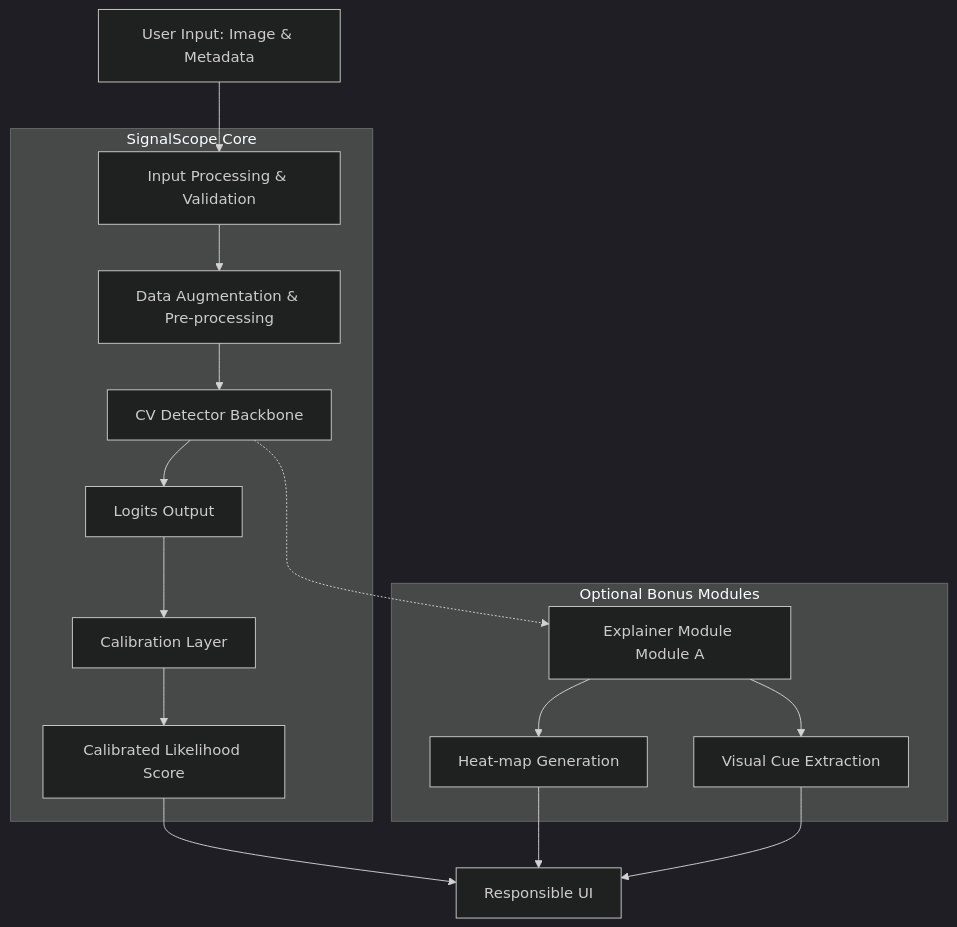
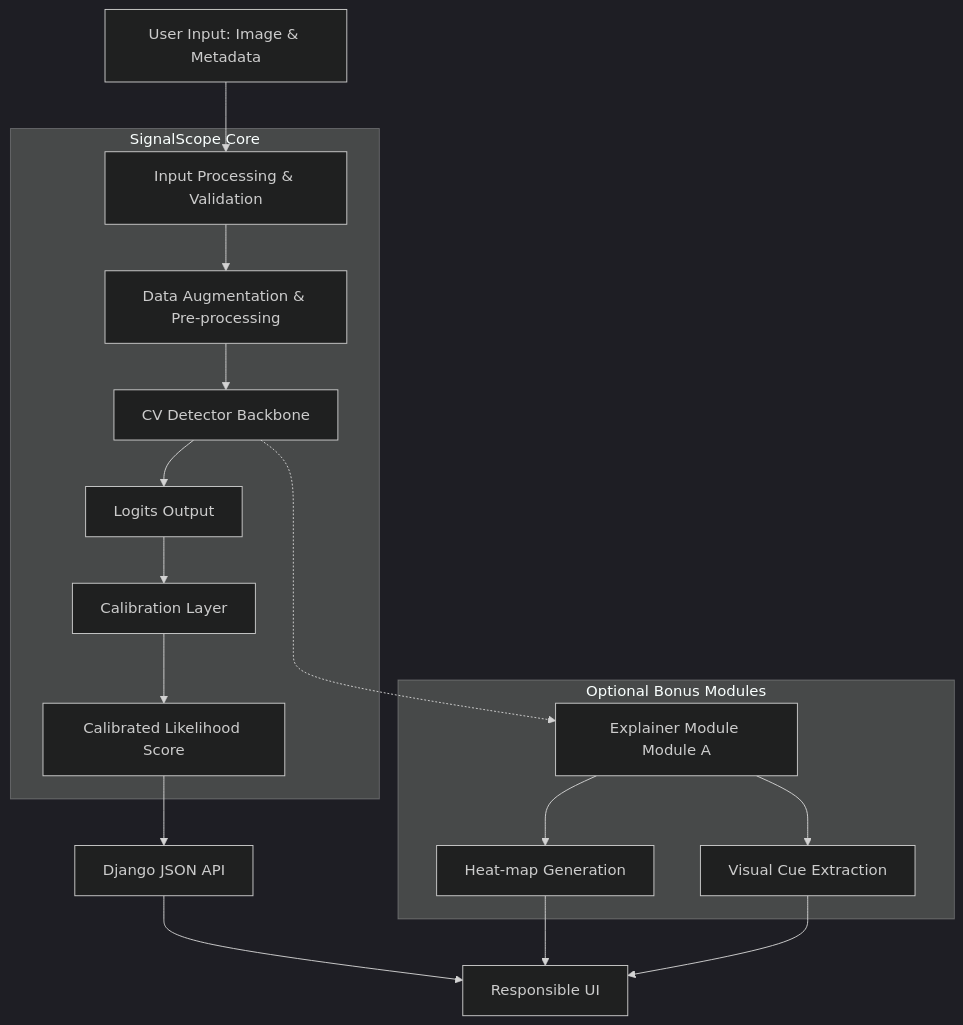
Before and after one commit to arththakkar1/signal-scope-web-app: the diagram in doc/explanation/system-overview.md, drawn with Mermaid (dark theme). The commit also changed other lines of this file and 7 other files, not shown here.

````diff
--- a/doc/explanation/system-overview.md
+++ b/doc/explanation/system-overview.md
@@ -7,32 +7,33 @@
 ```mermaid
 flowchart TD
     A[User Input: Image & Metadata] --> B[Input Processing & Validation]
     B --> C[Data Augmentation & Pre-processing]
     C --> D[CV Detector Backbone]
     D --> E[Logits Output]
     E --> F[Calibration Layer]
     F --> G[Calibrated Likelihood Score]
     
     D -.-> H[Explainer Module Module A]
     H --> I[Heat-map Generation]
     H --> J[Visual Cue Extraction]
     
-    G --> K[Responsible UI]
+    G --> L[Django JSON API]
+    L --> K[Responsible UI]
     I --> K
     J --> K
     
     subgraph SignalScope Core
     B
     C
     D
     E
     F
     G
     end
     
     subgraph Optional Bonus Modules
     H
     I
     J
     end
 ```
````
